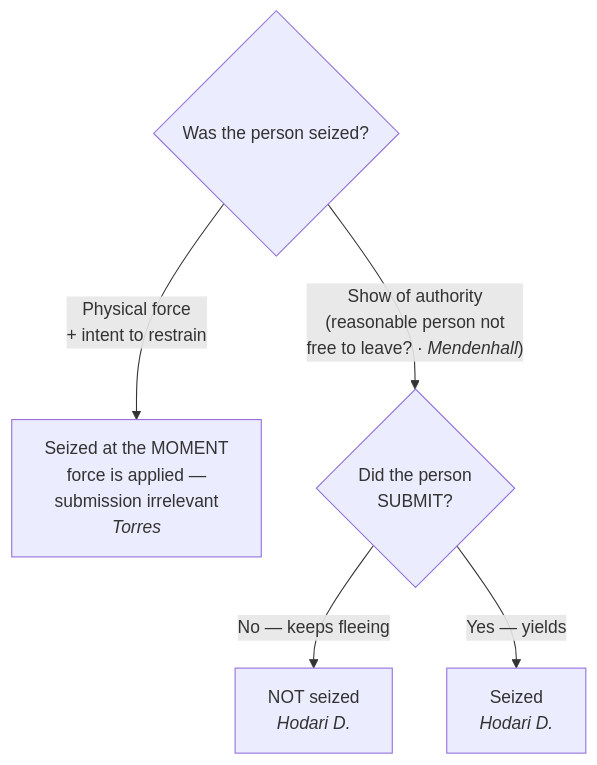
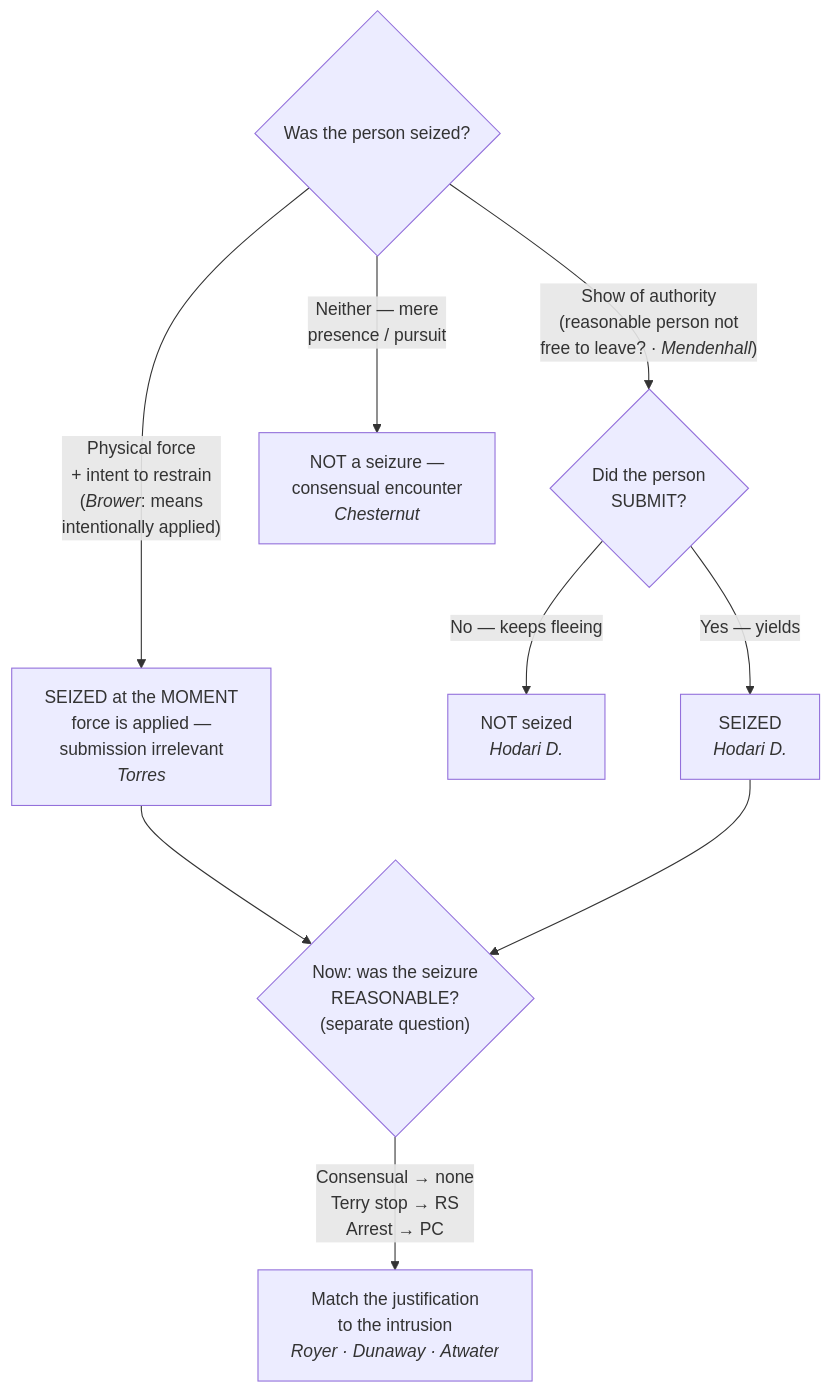
One commit to Enragedsaturday/cssi changed the diagram in content/4-what-is-a-seizure/Seizure of the Person.md. Above: the diagram before and after it, drawn with Mermaid. The commit also changed other lines of this file and 5 other files, not shown here.

````diff
--- a/content/4-what-is-a-seizure/Seizure of the Person.md
+++ b/content/4-what-is-a-seizure/Seizure of the Person.md
@@ -67,8 +105,12 @@
 ```mermaid
 flowchart TD
   Q{"Was the person seized?"}
-  Q -->|"Physical force<br/>+ intent to restrain"| F["Seized at the MOMENT<br/>force is applied —<br/>submission irrelevant<br/><i>Torres</i>"]
+  Q -->|"Physical force<br/>+ intent to restrain<br/>(<i>Brower</i>: means<br/>intentionally applied)"| F["SEIZED at the MOMENT<br/>force is applied —<br/>submission irrelevant<br/><i>Torres</i>"]
   Q -->|"Show of authority<br/>(reasonable person not<br/>free to leave? · <i>Mendenhall</i>)"| A{"Did the person<br/>SUBMIT?"}
+  Q -->|"Neither — mere<br/>presence / pursuit"| C["NOT a seizure —<br/>consensual encounter<br/><i>Chesternut</i>"]
   A -->|"No — keeps fleeing"| N["NOT seized<br/><i>Hodari D.</i>"]
-  A -->|"Yes — yields"| S["Seized<br/><i>Hodari D.</i>"]
+  A -->|"Yes — yields"| S["SEIZED<br/><i>Hodari D.</i>"]
+  F --> R{"Now: was the seizure<br/>REASONABLE?<br/>(separate question)"}
+  S --> R
+  R -->|"Consensual → none<br/>Terry stop → RS<br/>Arrest → PC"| LVL["Match the justification<br/>to the intrusion<br/><i>Royer · Dunaway · Atwater</i>"]
 ```
````
